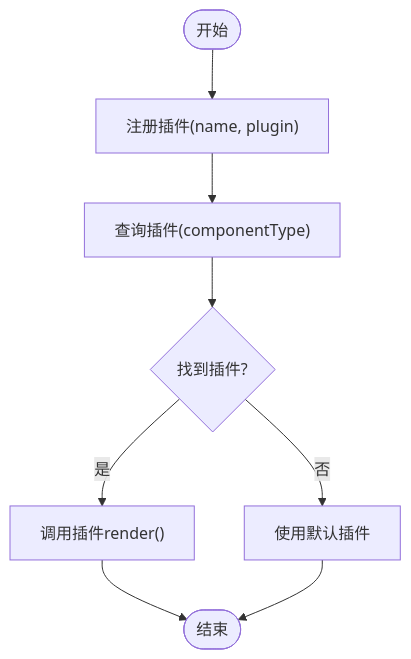
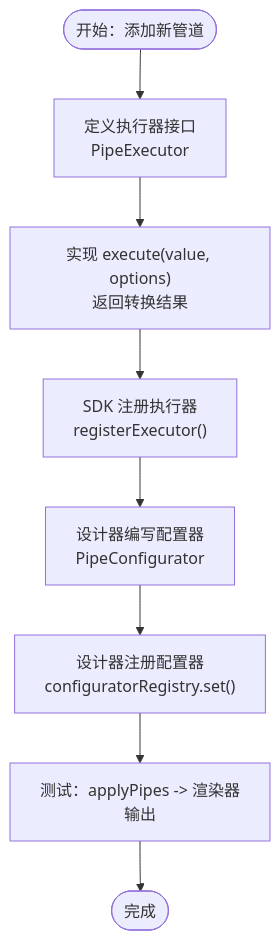
The fourth of 5 diagrams in .qoder/repowiki/zh/content/扩展开发指南/扩展开发指南.md (joker-yjc/printer), drawn with Mermaid before and after one commit. The commit also changed other lines of this file and 274 other files, not shown here.

````diff
--- a/.qoder/repowiki/zh/content/扩展开发指南/扩展开发指南.md
+++ b/.qoder/repowiki/zh/content/扩展开发指南/扩展开发指南.md
@@ -267,10 +200,10 @@
 ```mermaid
 flowchart TD
-Start(["开始"]) --> Reg["注册插件(name, plugin)"]
-Reg --> Use["查询插件(componentType)"]
-Use --> Found{"找到插件?"}
-Found --> |是| Render["调用插件render()"]
-Found --> |否| Default["使用默认插件"]
-Render --> End(["结束"])
-Default --> End
+Start(["开始：添加新管道"]) --> DefineExecutor["定义执行器接口<br/>PipeExecutor"]
+DefineExecutor --> ImplementExecute["实现 execute(value, options)<br/>返回转换结果"]
+ImplementExecute --> RegisterSDK["SDK 注册执行器<br/>registerExecutor()"]
+RegisterSDK --> AddConfigurator["设计器编写配置器<br/>PipeConfigurator"]
+AddConfigurator --> RegisterDesigner["设计器注册配置器<br/>configuratorRegistry.set()"]
+RegisterDesigner --> Test["测试：applyPipes -> 渲染器输出"]
+Test --> End(["完成"])
 ```
````
